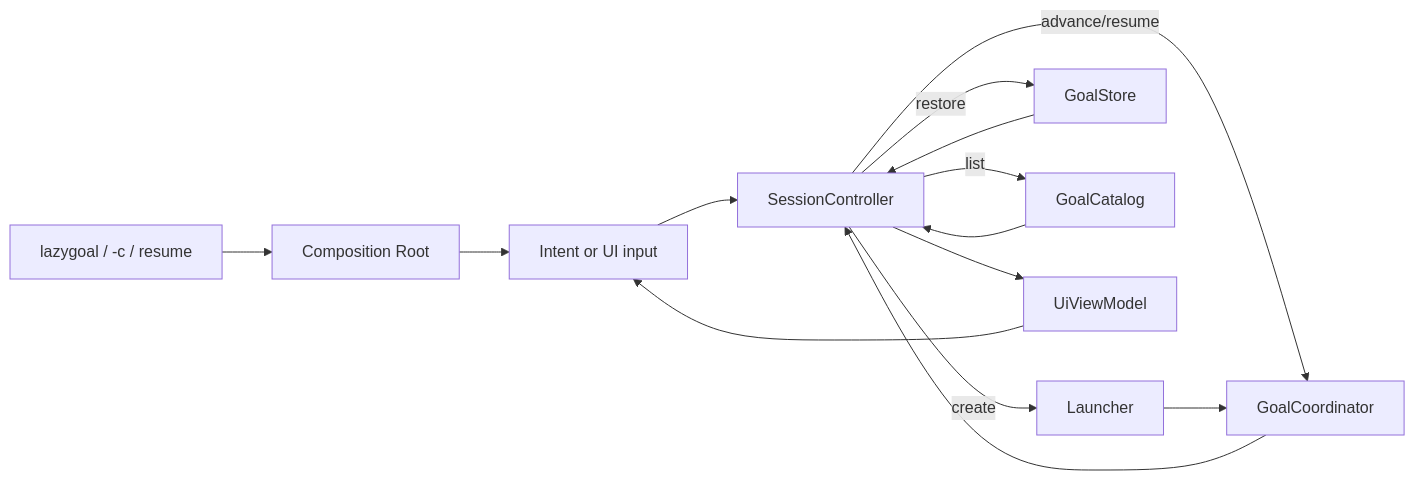
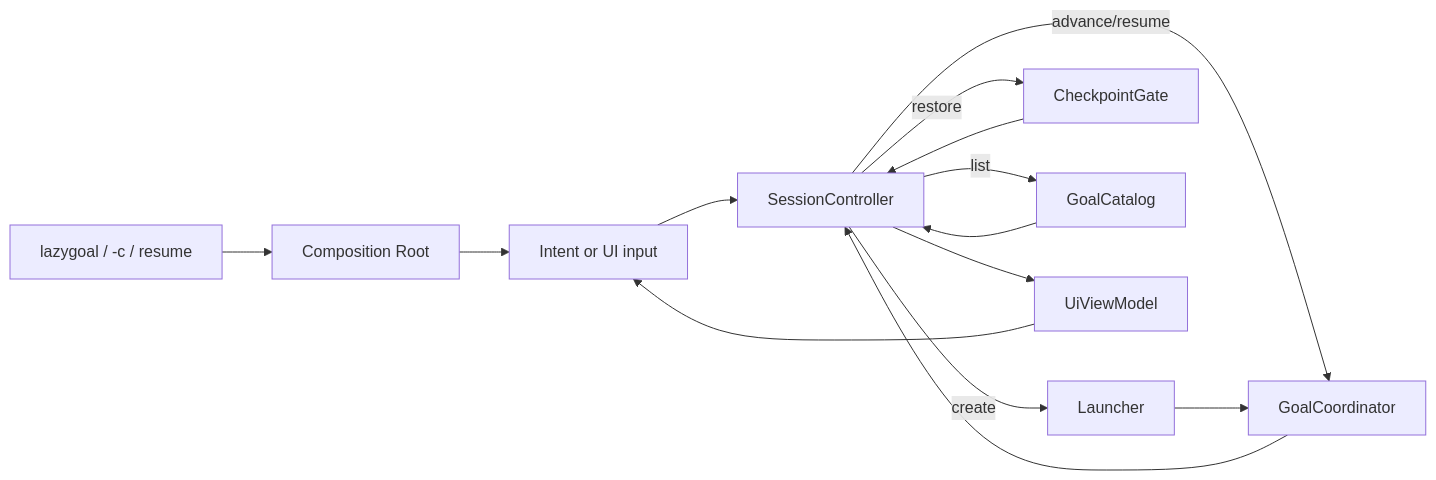
One commit to ccasJay/LazyGoal changed the diagram in docs/architecture/tui.md. Above: the diagram before and after it, drawn with Mermaid. The commit also changed other lines of this file and 10 other files, not shown here.

````diff
--- a/docs/architecture/tui.md
+++ b/docs/architecture/tui.md
@@ -25,16 +26,16 @@
 ```mermaid
 flowchart LR
     CLI[lazygoal / -c / resume] --> B[Composition Root]
     B --> I[Intent or UI input]
     I --> C[SessionController]
     C -->|create| L[Launcher]
-    C -->|restore| S[GoalStore]
+    C -->|restore| S[CheckpointGate]
     C -->|list| G[GoalCatalog]
     C -->|advance/resume| K[GoalCoordinator]
     L --> K
     S --> C
     G --> C
     K --> C
     C --> V[UiViewModel]
     V --> I
 ```
````
